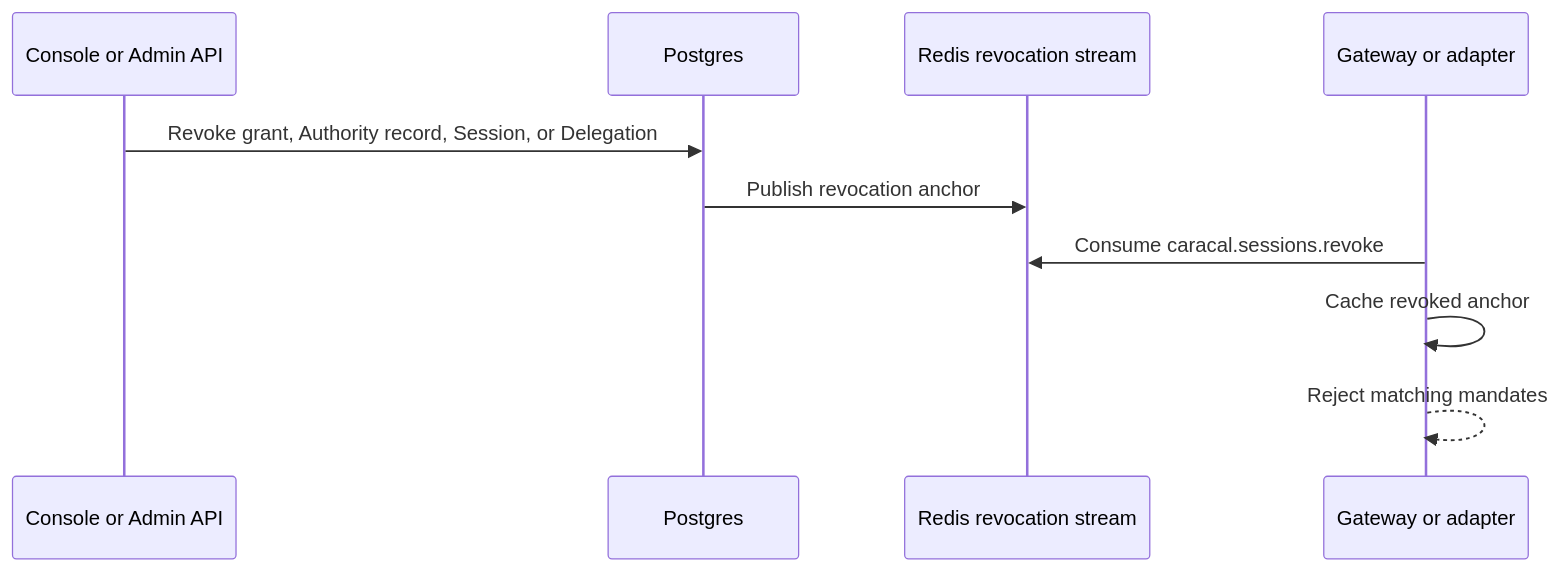
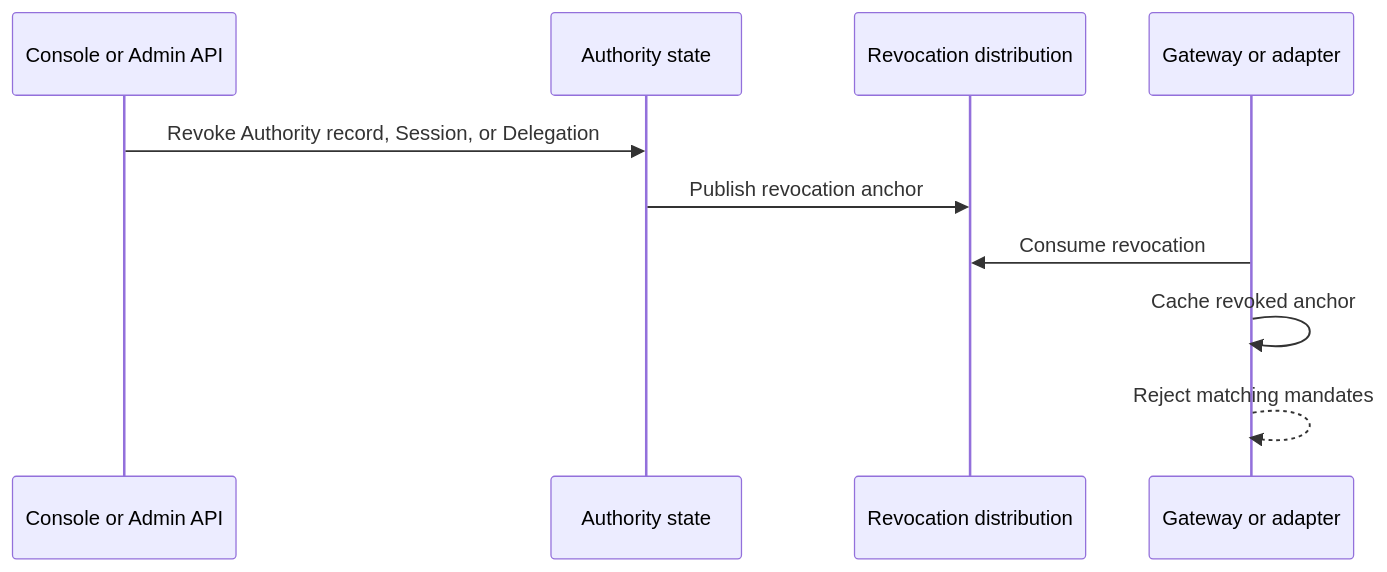
The diagram in docs/src/content/docs/concepts/sessions-revocation.mdx (Garudex-Labs/caracal), drawn with Mermaid before and after one commit. The commit also changed other lines of this file and 8 other files, not shown here.

````diff
--- a/docs/src/content/docs/concepts/sessions-revocation.mdx
+++ b/docs/src/content/docs/concepts/sessions-revocation.mdx
@@ -33,13 +33,13 @@
 ```mermaid
 sequenceDiagram
   participant Control as Console or Admin API
-  participant Store as Postgres
-  participant Stream as Redis revocation stream
+  participant State as Authority state
+  participant Distribution as Revocation distribution
   participant Resource as Gateway or adapter
 
-  Control->>Store: Revoke grant, Authority record, Session, or Delegation
-  Store->>Stream: Publish revocation anchor
-  Resource->>Stream: Consume caracal.sessions.revoke
+  Control->>State: Revoke Authority record, Session, or Delegation
+  State->>Distribution: Publish revocation anchor
+  Resource->>Distribution: Consume revocation
   Resource->>Resource: Cache revoked anchor
   Resource-->>Resource: Reject matching mandates
 ```
````
